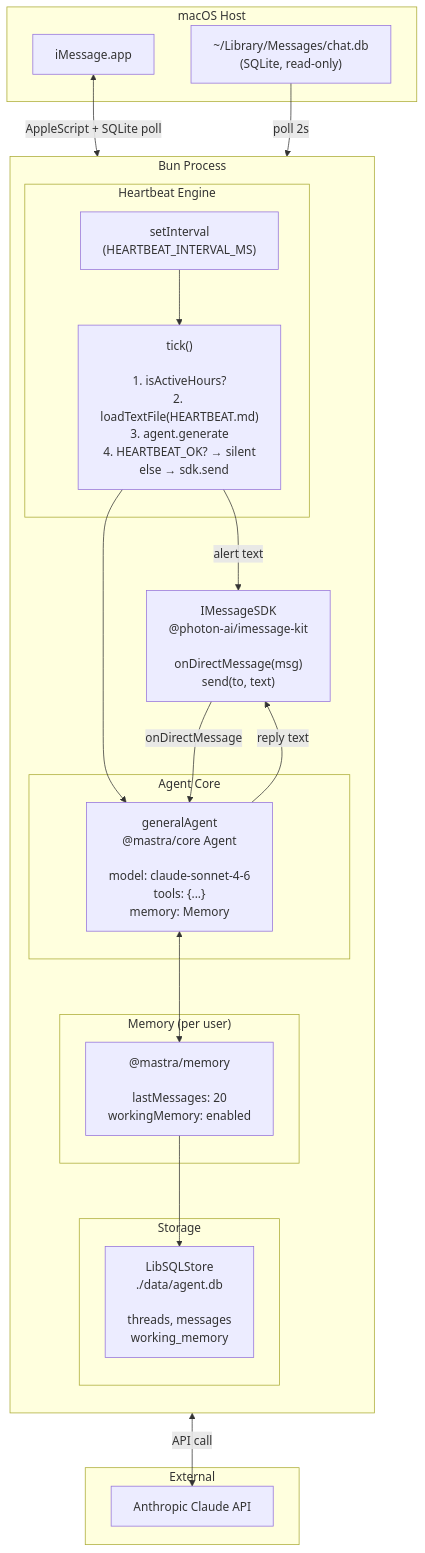
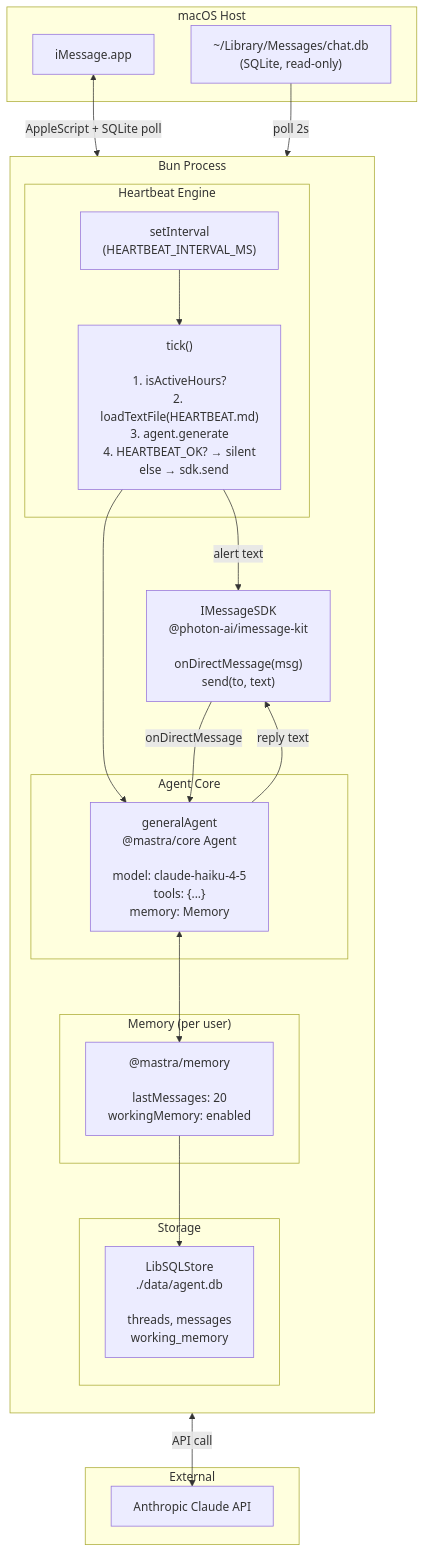
The first of 4 diagrams in docs/DESIGN.md (posaune0423/mastra-imessage-agent), drawn with Mermaid before and after one commit. The commit also changed other lines of this file and 20 other files, not shown here.

````diff
--- a/docs/DESIGN.md
+++ b/docs/DESIGN.md
@@ -25,46 +25,46 @@
 ```mermaid
 graph TB
     subgraph macOS["macOS Host"]
         iMsg["iMessage.app"]
         ChatDB["~/Library/Messages/chat.db\n(SQLite, read-only)"]
     end
 
     subgraph Process["Bun Process"]
         direction TB
 
         SDK["IMessageSDK\n@photon-ai/imessage-kit\n\nonDirectMessage(msg)\nsend(to, text)"]
 
         subgraph Core["Agent Core"]
-            AGENT["generalAgent\n@mastra/core Agent\n\nmodel: claude-sonnet-4-6\ntools: {...}\nmemory: Memory"]
+            AGENT["generalAgent\n@mastra/core Agent\n\nmodel: claude-haiku-4-5\ntools: {...}\nmemory: Memory"]
         end
 
         subgraph HeartbeatEngine["Heartbeat Engine"]
             HB_TIMER["setInterval\n(HEARTBEAT_INTERVAL_MS)"]
             HB_LOGIC["tick()\n\n1. isActiveHours?\n2. loadTextFile(HEARTBEAT.md)\n3. agent.generate\n4. HEARTBEAT_OK? → silent\n   else → sdk.send"]
         end
 
         subgraph MemoryLayer["Memory (per user)"]
             MEMORY["@mastra/memory\n\nlastMessages: 20\nworkingMemory: enabled"]
         end
 
         subgraph StorageLayer["Storage"]
             DB["LibSQLStore\n./data/agent.db\n\nthreads, messages\nworking_memory"]
         end
 
     end
 
     subgraph External["External"]
         CLAUDE["Anthropic Claude API"]
     end
 
     iMsg <-->|"AppleScript + SQLite poll"| SDK
     ChatDB -->|"poll 2s"| SDK
     SDK -->|"onDirectMessage"| AGENT
     AGENT -->|"reply text"| SDK
     HB_TIMER --> HB_LOGIC
     HB_LOGIC --> AGENT
     HB_LOGIC -->|"alert text"| SDK
     AGENT <--> MEMORY
     MEMORY --> DB
     AGENT <-->|"API call"| CLAUDE
 ```
````
